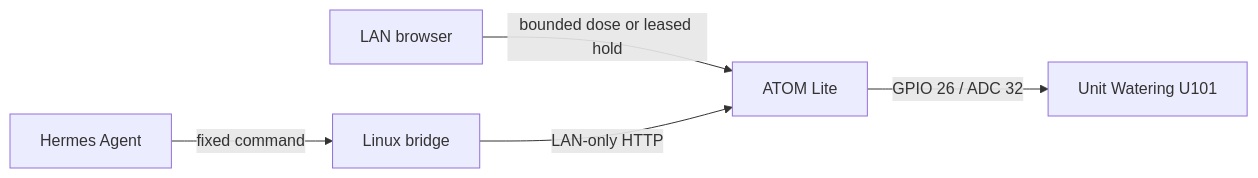
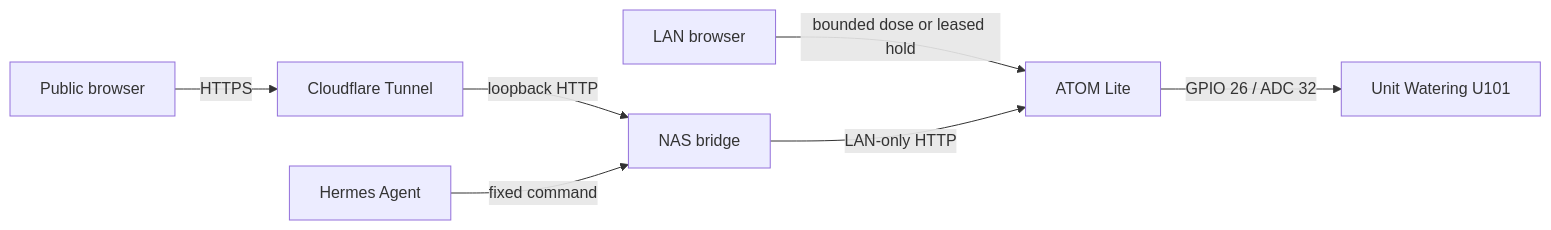
Before and after one commit to kandotrun/tree: the diagram in README.md, drawn with Mermaid. The commit also changed other lines of this file and 34 other files, not shown here.

````diff
--- a/README.md
+++ b/README.md
@@ -16,7 +17,9 @@
 ```mermaid
 flowchart LR
     W[LAN browser] -->|bounded dose or leased hold| A[ATOM Lite]
-    H[Hermes Agent] -->|fixed command| B[Linux bridge]
+    P[Public browser] -->|HTTPS| C[Cloudflare Tunnel]
+    C -->|loopback HTTP| B[NAS bridge]
+    H[Hermes Agent] -->|fixed command| B
     B -->|LAN-only HTTP| A[ATOM Lite]
     A -->|GPIO 26 / ADC 32| U[Unit Watering U101]
 ```
````
